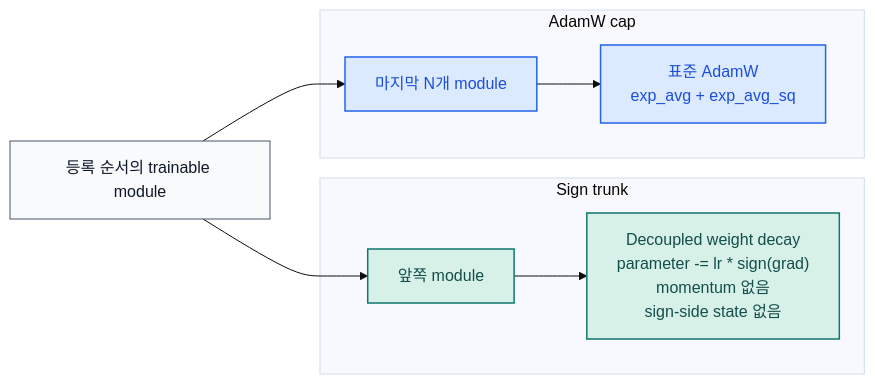
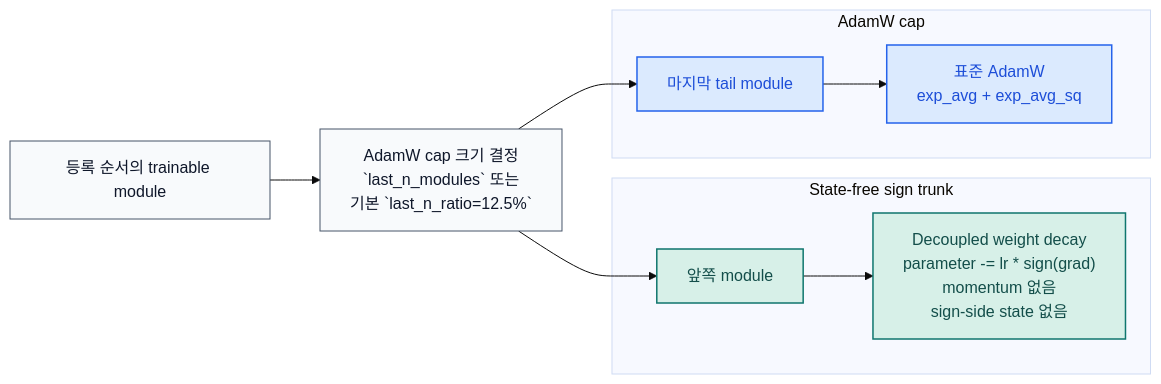
One commit to smturtle2/stac-optimizer changed the diagram in README.ko.md. Above: the diagram before and after it, drawn with Mermaid (base theme). The commit also changed other lines of this file and 12 other files, not shown here.

````diff
--- a/README.ko.md
+++ b/README.ko.md
@@ -28,27 +28,29 @@
 ```mermaid
 flowchart LR
     A["등록 순서의 trainable module"]
+    B["AdamW cap 크기 결정<br/>`last_n_modules` 또는<br/>기본 `last_n_ratio=12.5%`"]
 
-    subgraph S["Sign trunk"]
-        B["앞쪽 module"]
-        C["Decoupled weight decay<br/>parameter -= lr * sign(grad)<br/>momentum 없음<br/>sign-side state 없음"]
+    subgraph S["State-free sign trunk"]
+        C["앞쪽 module"]
+        D["Decoupled weight decay<br/>parameter -= lr * sign(grad)<br/>momentum 없음<br/>sign-side state 없음"]
     end
 
     subgraph T["AdamW cap"]
-        D["마지막 N개 module"]
-        E["표준 AdamW<br/>exp_avg + exp_avg_sq"]
+        E["마지막 tail module"]
+        F["표준 AdamW<br/>exp_avg + exp_avg_sq"]
     end
 
     A --> B
-    A --> D
     B --> C
-    D --> E
+    B --> E
+    C --> D
+    E --> F
 
     classDef neutral fill:#f8fafc,stroke:#475569,color:#0f172a,stroke-width:1px;
     classDef sign fill:#d7f0e8,stroke:#0f766e,color:#134e4a,stroke-width:1.5px;
     classDef adam fill:#dbeafe,stroke:#2563eb,color:#1d4ed8,stroke-width:1.5px;
 
-    class A neutral;
-    class B,C sign;
-    class D,E adam;
+    class A,B neutral;
+    class C,D sign;
+    class E,F adam;
 ```
````
